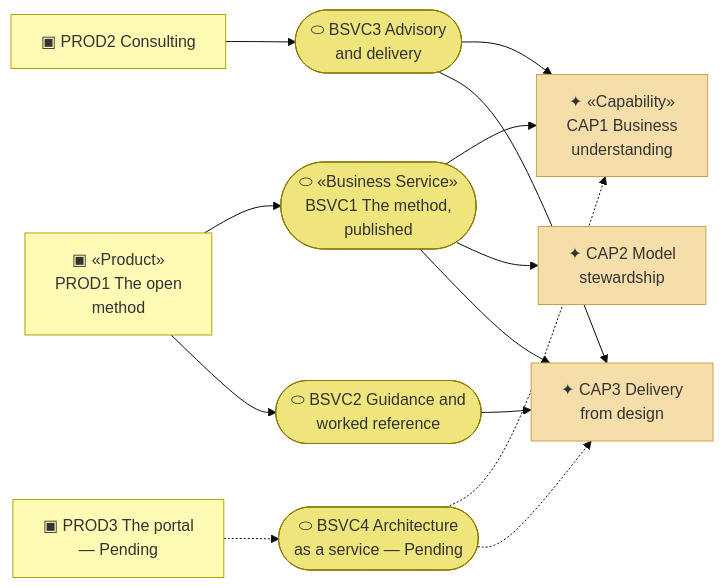
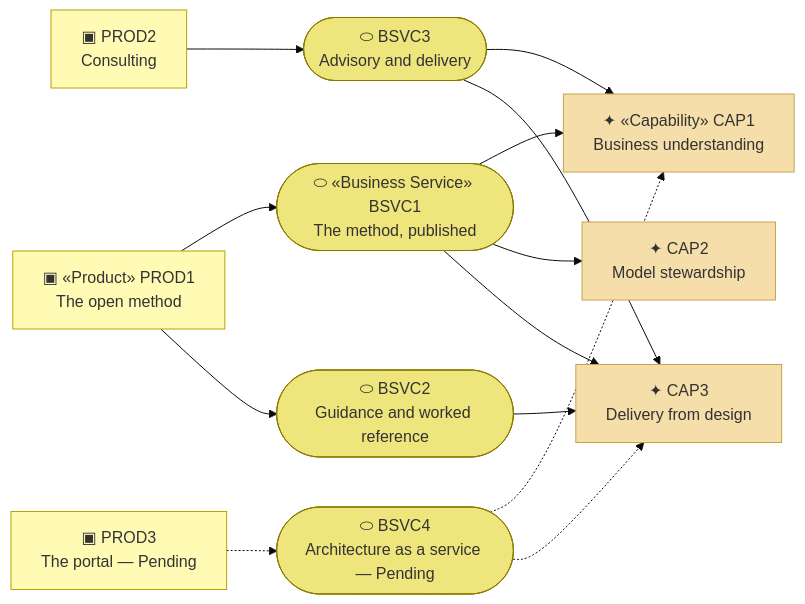
The second of 3 diagrams in organization/docs/ea/2_business/2_business-services.md (roanboc/architecture-archreator), drawn with Mermaid (base theme) before and after one commit. The commit also changed other lines of this file and 6 other files, not shown here.

````diff
--- a/organization/docs/ea/2_business/2_business-services.md
+++ b/organization/docs/ea/2_business/2_business-services.md
@@ -52,33 +52,33 @@
 ```mermaid
 flowchart LR
-  prod1["▣ «Product»<br>PROD1 The open<br>method"]:::product
-  prod2["▣ PROD2 Consulting"]:::product
-  prod3["▣ PROD3 The portal<br>— Pending"]:::product
+  prod1["▣ «Product» PROD1<br>The open method"]:::product
+  prod2["▣ PROD2<br>Consulting"]:::product
+  prod3["▣ PROD3<br>The portal — Pending"]:::product
 
-  bsvc1(["⬭ «Business Service»<br>BSVC1 The method,<br>published"]):::service
-  bsvc2(["⬭ BSVC2 Guidance and<br>worked reference"]):::service
-  bsvc3(["⬭ BSVC3 Advisory<br>and delivery"]):::service
-  bsvc4(["⬭ BSVC4 Architecture<br>as a service — Pending"]):::service
+  bsvc1(["⬭ «Business Service» BSVC1<br>The method, published"]):::service
+  bsvc2(["⬭ BSVC2<br>Guidance and worked reference"]):::service
+  bsvc3(["⬭ BSVC3<br>Advisory and delivery"]):::service
+  bsvc4(["⬭ BSVC4<br>Architecture as a service — Pending"]):::service
 
-  cap1["✦ «Capability»<br>CAP1 Business<br>understanding"]:::capability
-  cap2["✦ CAP2 Model<br>stewardship"]:::capability
-  cap3["✦ CAP3 Delivery<br>from design"]:::capability
+  cap1["✦ «Capability» CAP1<br>Business understanding"]:::capability
+  cap2["✦ CAP2<br>Model stewardship"]:::capability
+  cap3["✦ CAP3<br>Delivery from design"]:::capability
 
   prod1 --> bsvc1
   prod1 --> bsvc2
   prod2 --> bsvc3
   prod3 -.-> bsvc4
 
   bsvc1 --> cap1
   bsvc1 --> cap2
   bsvc1 --> cap3
   bsvc2 --> cap3
   bsvc3 --> cap1
   bsvc3 --> cap3
   bsvc4 -.-> cap1
   bsvc4 -.-> cap3
 
   classDef product fill:#fffbb5,stroke:#b8a200,color:#333
   classDef service fill:#efe57d,stroke:#8a7a00,color:#333
   classDef capability fill:#f5deaa,stroke:#c8a24a,color:#333
 ```
````
